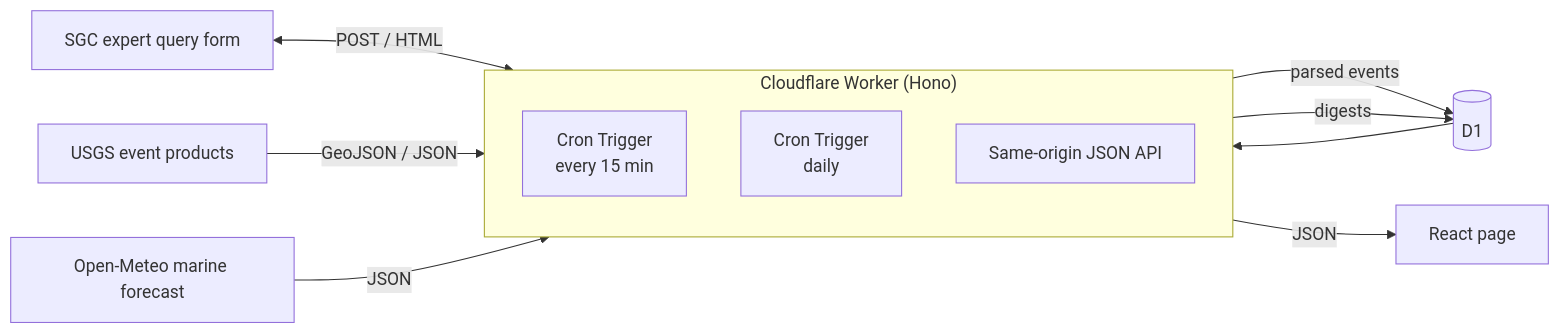
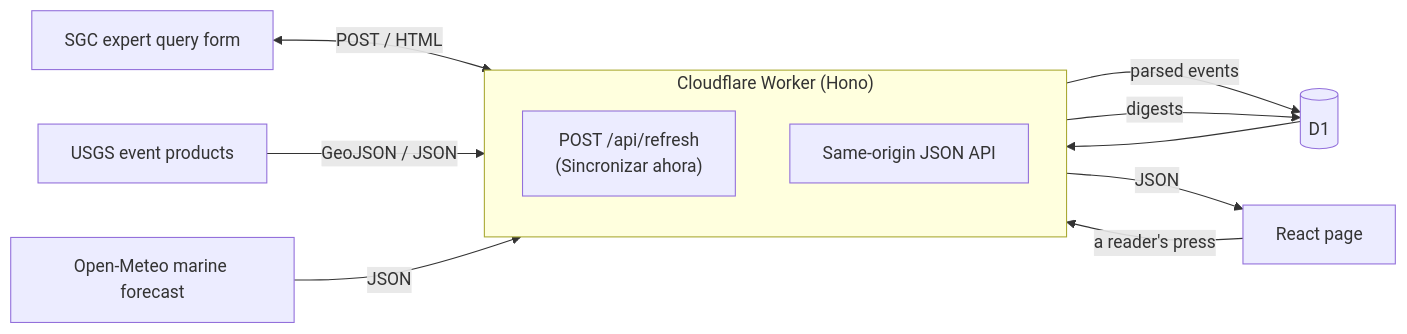
The diagram in README.md (m0t0r/bvalue-tracker), drawn with Mermaid before and after one commit. The commit also changed other lines of this file and 53 other files, not shown here.

````diff
--- a/README.md
+++ b/README.md
@@ -97,22 +103,22 @@
 ```mermaid
 flowchart LR
   sgc["SGC expert query form"]
   usgs["USGS event products"]
   meteo["Open-Meteo marine forecast"]
   d1[("D1")]
   page["React page"]
   subgraph worker["Cloudflare Worker (Hono)"]
     direction TB
-    cron["Cron Trigger<br/>every 15 min"]
-    daily["Cron Trigger<br/>daily"]
+    sync["POST /api/refresh<br/>(Sincronizar ahora)"]
     api["Same-origin JSON API"]
   end
 
-  sgc <-- "POST / HTML" --> cron
-  cron -- "parsed events" --> d1
-  usgs -- "GeoJSON / JSON" --> daily
-  meteo -- "JSON" --> daily
-  daily -- "digests" --> d1
+  page -- "a reader's press" --> sync
+  sgc <-- "POST / HTML" --> sync
+  sync -- "parsed events" --> d1
+  usgs -- "GeoJSON / JSON" --> sync
+  meteo -- "JSON" --> sync
+  sync -- "digests" --> d1
   d1 --> api
   api -- JSON --> page
 ```
````
